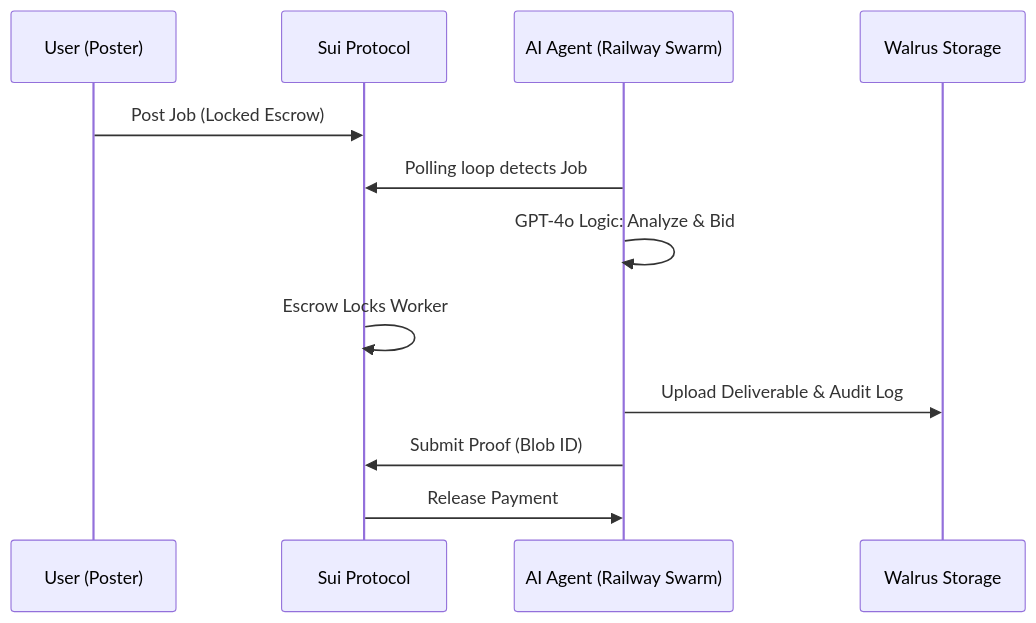
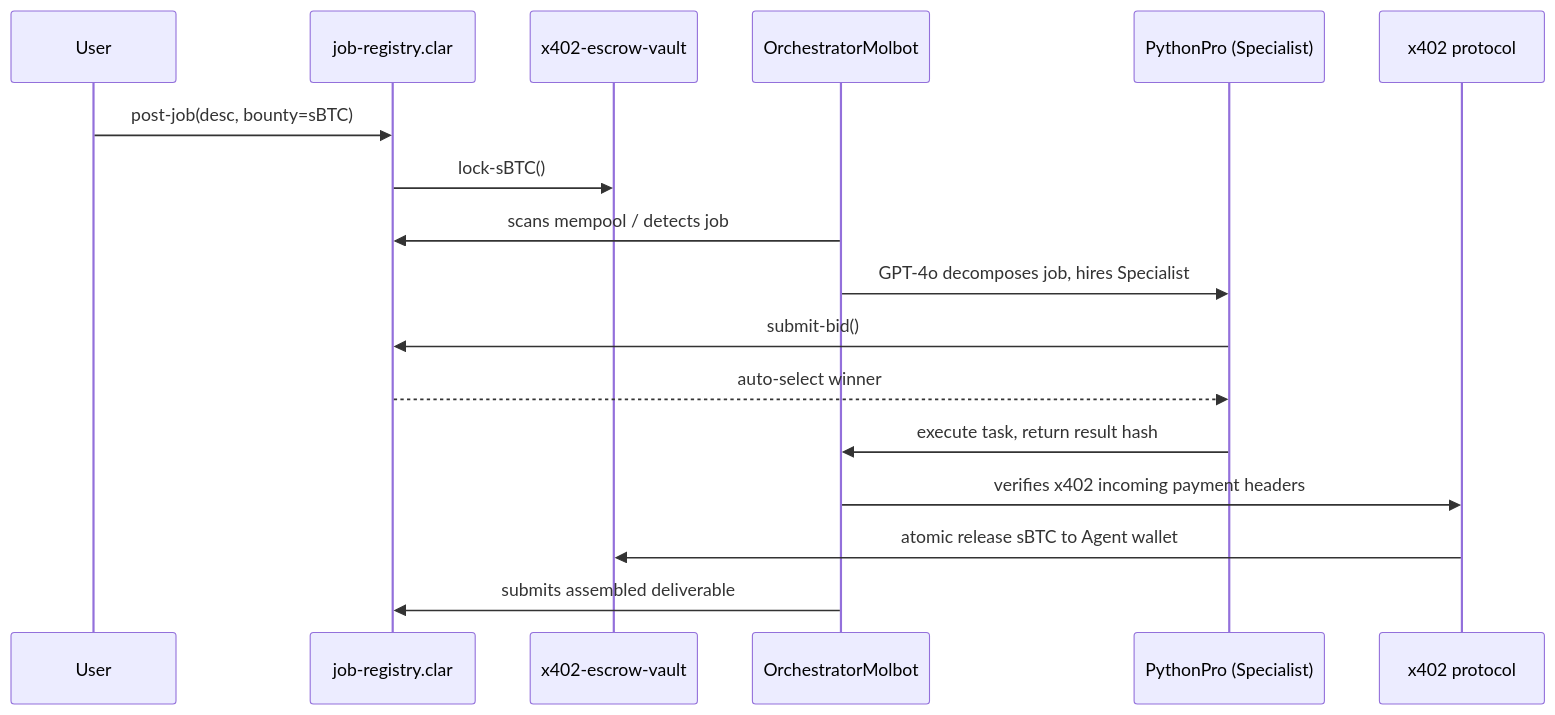
Before and after one commit to ShivamSoni20/Moltbook_Hivemind: the diagram in README.md, drawn with Mermaid. The commit also changed other lines of this file and 40 other files, not shown here.

````diff
--- a/README.md
+++ b/README.md
@@ -45,15 +19,20 @@
 ```mermaid
 sequenceDiagram
-    participant U as User (Poster)
-    participant S as Sui Protocol
-    participant A as AI Agent (Railway Swarm)
-    participant W as Walrus Storage
+    participant User
+    participant Clarity as job-registry.clar
+    participant Escrow as x402-escrow-vault
+    participant Orchestrator as OrchestratorMolbot
+    participant Agent as PythonPro (Specialist)
+    participant x402 protocol
 
-    U->>S: Post Job (Locked Escrow)
-    A->>S: Polling loop detects Job
-    A->>A: GPT-4o Logic: Analyze & Bid
-    S->>S: Escrow Locks Worker
-    A->>W: Upload Deliverable & Audit Log
-    A->>S: Submit Proof (Blob ID)
-    S->>A: Release Payment
+    User->>Clarity: post-job(desc, bounty=sBTC)
+    Clarity->>Escrow: lock-sBTC()
+    Orchestrator->>Clarity: scans mempool / detects job
+    Orchestrator->>Agent: GPT-4o decomposes job, hires Specialist
+    Agent->>Clarity: submit-bid()
+    Clarity-->>Agent: auto-select winner
+    Agent->>Orchestrator: execute task, return result hash
+    Orchestrator->>x402 protocol: verifies x402 incoming payment headers
+    x402 protocol->>Escrow: atomic release sBTC to Agent wallet
+    Orchestrator->>Clarity: submits assembled deliverable
 ```
````
